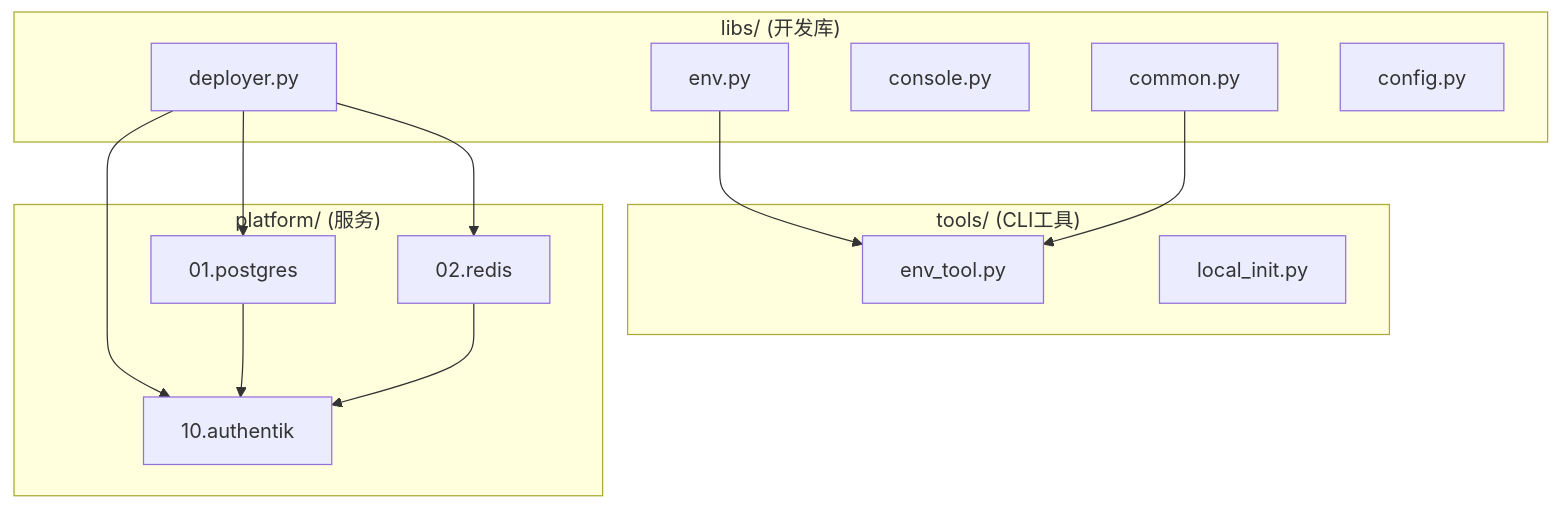
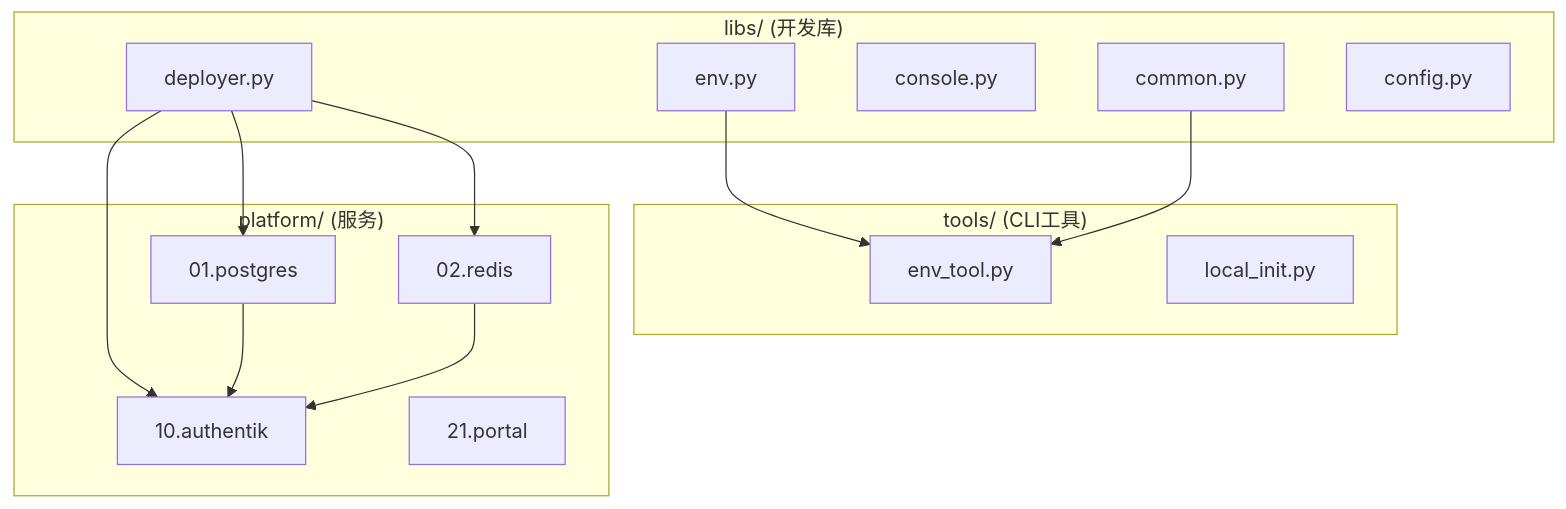
One commit to wangzitian0/infra2 changed the diagram in docs/ssot/platform.automation.md. Above: the diagram before and after it, drawn with Mermaid. The commit also changed 13 other files, not shown here.

````diff
--- a/docs/ssot/platform.automation.md
+++ b/docs/ssot/platform.automation.md
@@ -30,29 +30,30 @@
 ```mermaid
 flowchart TB
     subgraph Libs["libs/ (开发库)"]
         Env[env.py]
         Common[common.py]
         Console[console.py]
         Deployer[deployer.py]
         Config[config.py]
     end
     
     subgraph Tools["tools/ (CLI工具)"]
         EnvTool[env_tool.py]
         LocalInit[local_init.py]
     end
     
     subgraph Platform["platform/ (服务)"]
         PG[01.postgres]
         RD[02.redis]
         AUTH[10.authentik]
+        PORTAL[21.portal]
     end
     
     Deployer --> PG
     Deployer --> RD
     Deployer --> AUTH
     Env --> EnvTool
     Common --> EnvTool
     PG --> AUTH
     RD --> AUTH
 ```
````
